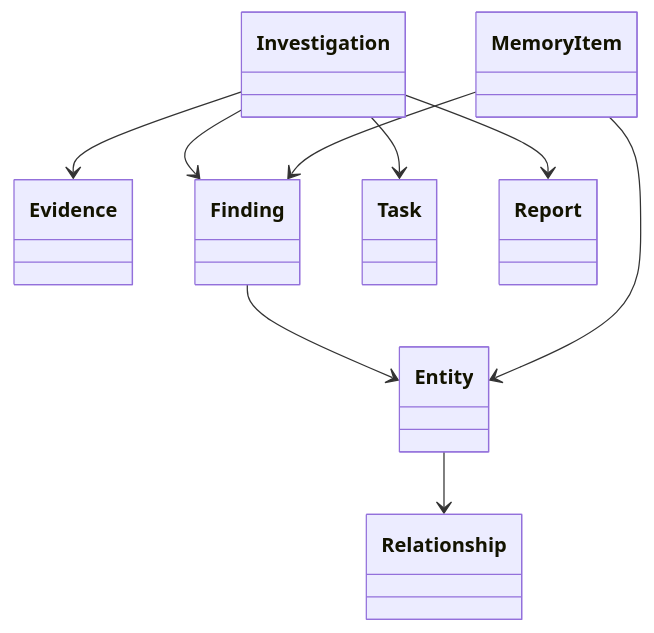
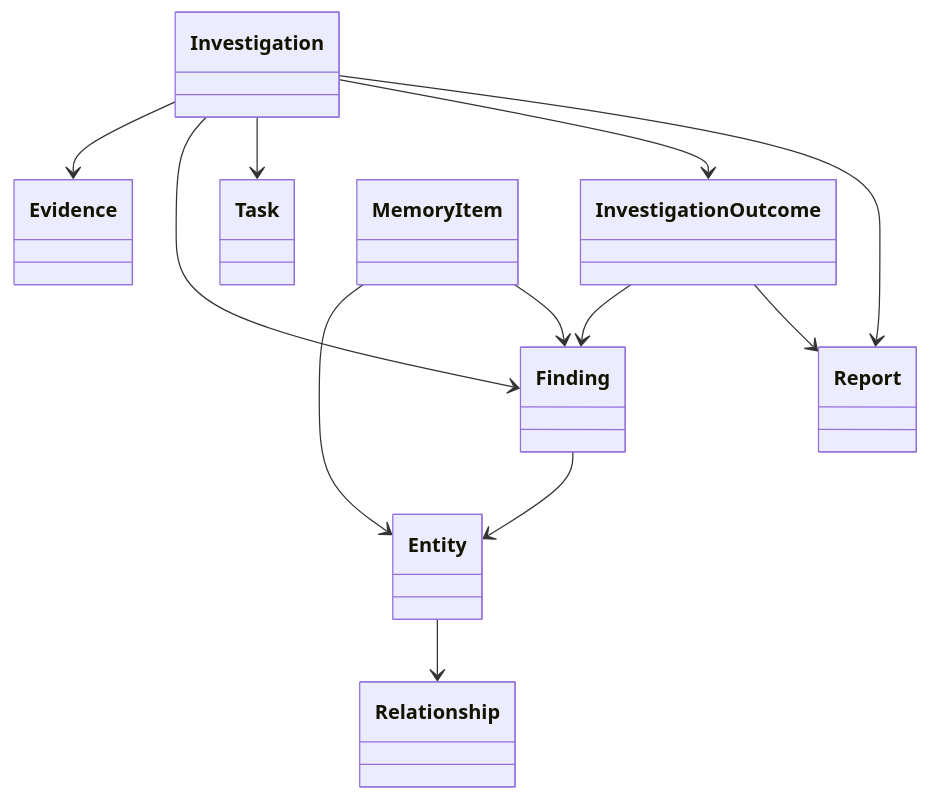
One commit to koraayoztuurk/SentinelAI changed the first of 8 diagrams in docs/04-backend/domain-model.md. Above: the diagram before and after it, drawn with Mermaid. The commit also changed other lines of this file, not shown here.

Commit message:
docs(domain): introduce InvestigationOutcome

````diff
--- a/docs/04-backend/domain-model.md
+++ b/docs/04-backend/domain-model.md
@@ -63,35 +63,43 @@
 ```mermaid
 classDiagram
 
 Investigation
 
 Evidence
 
 Finding
 
 Entity
 
 Relationship
 
 Task
 
 MemoryItem
 
+InvestigationOutcome
+
 Report
 
 Investigation --> Evidence
 
 Investigation --> Finding
 
 Investigation --> Task
+
+Investigation --> InvestigationOutcome
 
 Investigation --> Report
 
 Finding --> Entity
 
 Entity --> Relationship
 
 MemoryItem --> Entity
 
 MemoryItem --> Finding
+
+InvestigationOutcome --> Finding
+
+InvestigationOutcome --> Report
 ```
````
